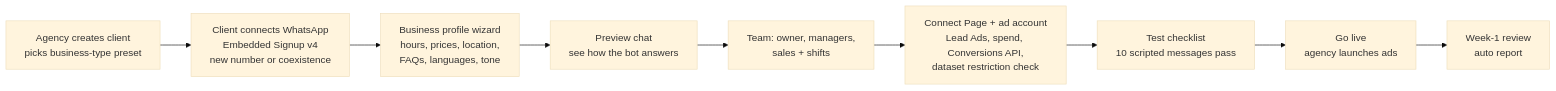
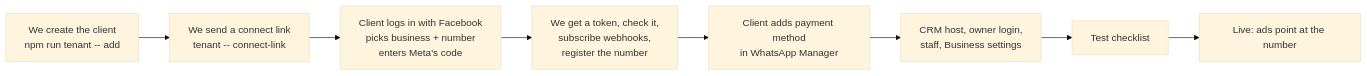
One commit to kaamilstudiesig/GKF-WA changed the diagram in docs/ONBOARDING.md. Above: the diagram before and after it, drawn with Mermaid (base theme). The commit also changed other lines of this file and 14 other files, not shown here.

First line of the commit message:
K9 Embedded Signup: clients connect their own WhatsApp number

````diff
--- a/docs/ONBOARDING.md
+++ b/docs/ONBOARDING.md
@@ -41,11 +7,9 @@
 ```mermaid
 flowchart LR
-  S1[Agency creates client<br/>picks business-type preset] --> S2[Client connects WhatsApp<br/>Embedded Signup v4<br/>new number or coexistence]
-  S2 --> S3[Business profile wizard<br/>hours, prices, location,<br/>FAQs, languages, tone]
-  S3 --> S4[Preview chat<br/>see how the bot answers]
-  S4 --> S5[Team: owner, managers,<br/>sales + shifts]
-  S5 --> S6[Connect Page + ad account<br/>Lead Ads, spend, Conversions API,<br/>dataset restriction check]
-  S6 --> S7[Test checklist<br/>10 scripted messages pass]
-  S7 --> S8[Go live<br/>agency launches ads]
-  S8 --> S9[Week-1 review<br/>auto report]
+  A[We create the client<br/>npm run tenant -- add] --> B[We send a connect link<br/>tenant -- connect-link]
+  B --> C[Client logs in with Facebook<br/>picks business + number<br/>enters Meta's code]
+  C --> D[We get a token, check it,<br/>subscribe webhooks,<br/>register the number]
+  D --> E[Client adds payment method<br/>in WhatsApp Manager]
+  E --> F[CRM host, owner login,<br/>staff, Business settings]
+  F --> G[Test checklist] --> H[Live: ads point at the number]
 ```
````
